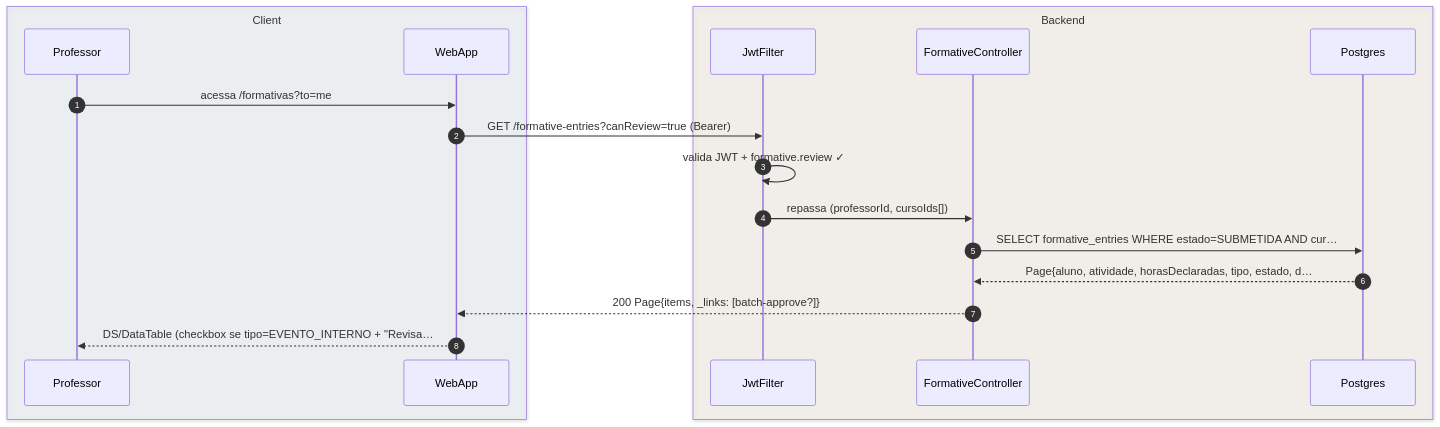
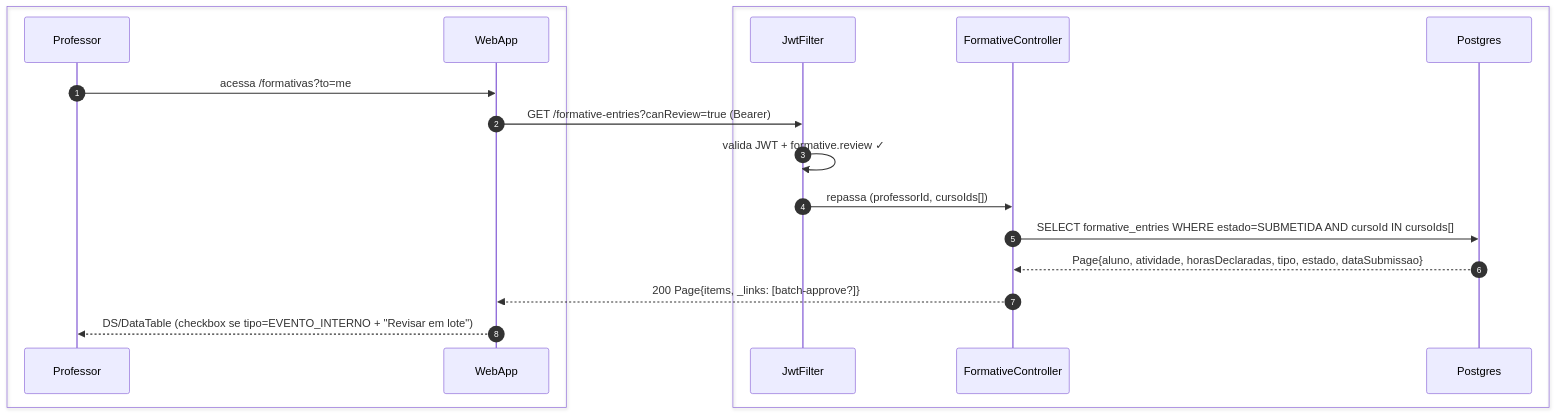
The first of 5 diagrams in foundationDocs/sequenceDiagrams/F3 — Professor/US-F3-004-REVISAR-FORMATIVAS.md (umishell/secretariaOnline2), drawn with Mermaid before and after one commit. The commit also changed other lines of this file and 70 other files, not shown here.

First line of the commit message:
Enhance database documentation and introduce new schema files

````diff
--- a/foundationDocs/sequenceDiagrams/F3 — Professor/US-F3-004-REVISAR-FORMATIVAS.md
+++ b/foundationDocs/sequenceDiagrams/F3 — Professor/US-F3-004-REVISAR-FORMATIVAS.md
@@ -52,22 +52,22 @@
 ```mermaid
 sequenceDiagram
     autonumber
-    box rgba(230,245,255,0.3) Client
+    box #e8f4fc Cliente
         participant Professor
         participant WebApp
     end
-    box rgba(255,245,230,0.3) Backend
+    box #fff8ee Servidor
         participant JwtFilter
         participant FormativeController
         participant Postgres
     end
 
     Professor->>WebApp: acessa /formativas?to=me
     WebApp->>JwtFilter: GET /formative-entries?canReview=true (Bearer)
     JwtFilter->>JwtFilter: valida JWT + formative.review ✓
     JwtFilter->>FormativeController: repassa (professorId, cursoIds[])
-    FormativeController->>Postgres: SELECT formative_entries WHERE estado=SUBMETIDA AND cur…
-    Postgres-->>FormativeController: Page{aluno, atividade, horasDeclaradas, tipo, estado, d…
+    FormativeController->>Postgres: SELECT formative_entries WHERE estado=SUBMETIDA AND cursoId IN cursoIds[]
+    Postgres-->>FormativeController: Page{aluno, atividade, horasDeclaradas, tipo, estado, dataSubmissao}
     FormativeController-->>WebApp: 200 Page{items, _links: [batch-approve?]}
-    WebApp-->>Professor: DS/DataTable (checkbox se tipo=EVENTO_INTERNO + "Revisa…
+    WebApp-->>Professor: DS/DataTable (checkbox se tipo=EVENTO_INTERNO + "Revisar em lote")
 ```
````
